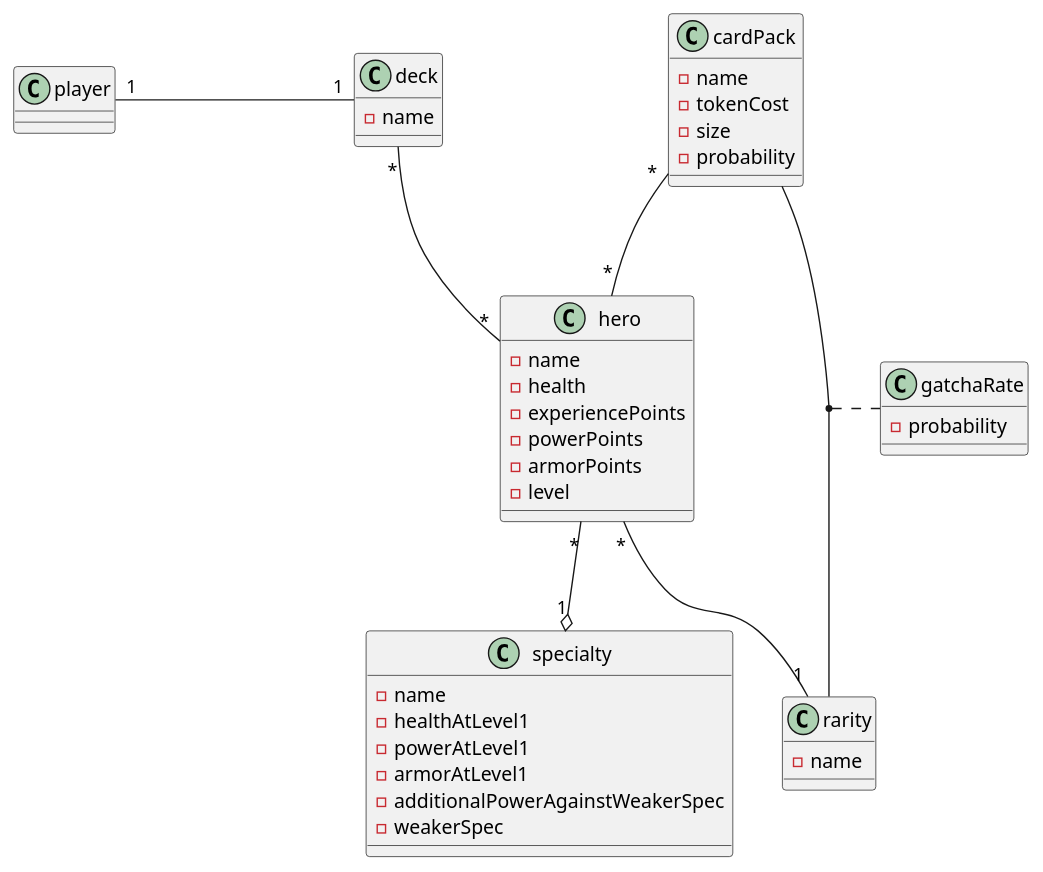
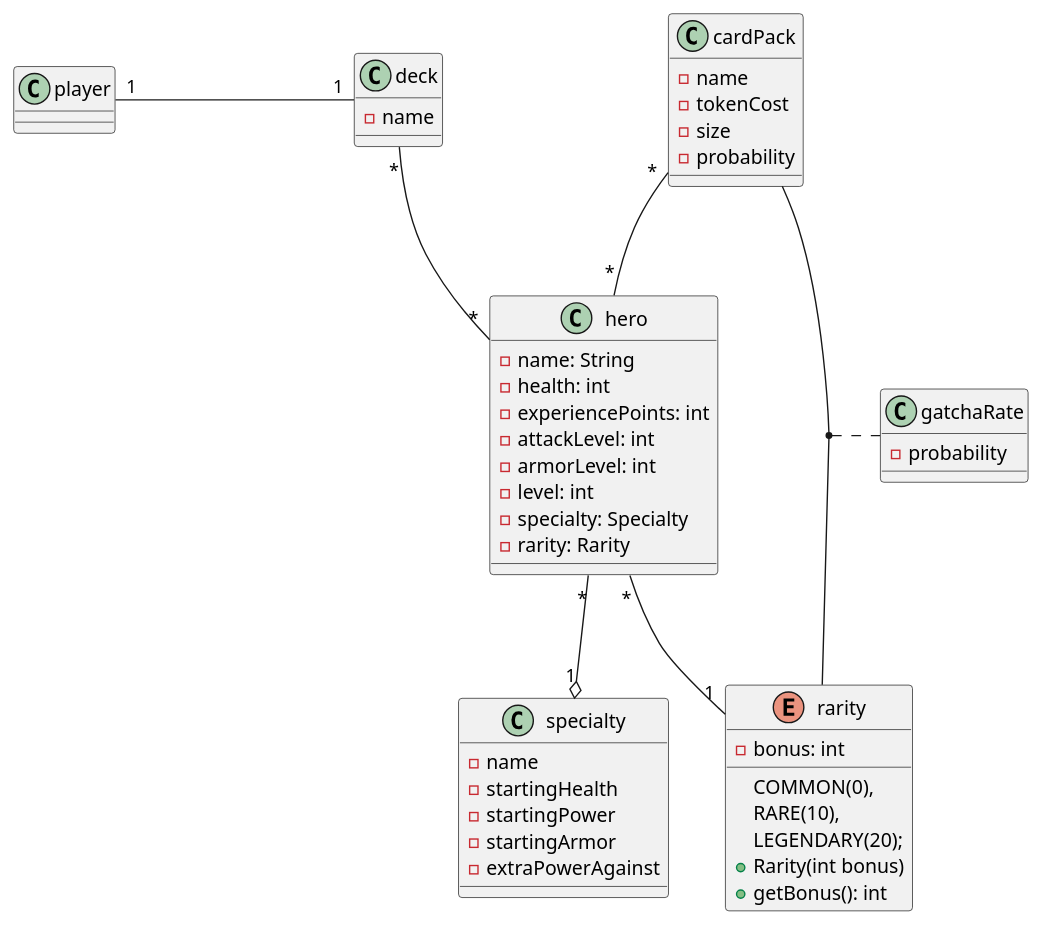
The diagram in docs/classeMetier.puml (shelbon/clean-code-card-game), drawn with PlantUML before and after one commit. The commit also changed other lines of this file and 2 other files, not shown here.

Commit message:
[CREATE] Specialty.java, Rarity.java

```diff
--- a/docs/classeMetier.puml
+++ b/docs/classeMetier.puml
@@ -1,43 +1,51 @@
 @startuml
-class hero{
-    - name
-    - health
-    - experiencePoints
-    - powerPoints
-    - armorPoints
-    - level
-}
+class hero {
+        - name: String
+        - health: int
+        - experiencePoints: int
+        - attackLevel: int
+        - armorLevel: int
+        - level: int
+        - specialty: Specialty
+        - rarity: Rarity
+    }
 
 class specialty {
     - name
-    - healthAtLevel1
-    - powerAtLevel1
-    - armorAtLevel1
-    - additionalPowerAgainstWeakerSpec
-    - weakerSpec
+    - startingHealth
+    - startingPower
+    - startingArmor
+    - extraPowerAgainst
 }
 class cardPack{
     - name
     - tokenCost
     - size
     - probability
 }
 class gatchaRate {
       - probability
 }
-class rarity{
-      - name
+enum rarity {
+    COMMON(0),
+    RARE(10),
+    LEGENDARY(20);
+
+    - bonus: int
+
+    + Rarity(int bonus)
+    + getBonus(): int
 }
 class deck  {
     - name
 }
 class player {
 
 }
 player "1"- "1" deck:\t\t\t\t\t
 hero "*"-"1" rarity:\t\t\t\t
 hero "*" --o "1" specialty
 deck "*" --"*" hero :"\t\t\t\t\t"
 cardPack "*" --"*" hero :"\t\t\t\t"
 (cardPack,rarity) .. gatchaRate
-@end
+@enduml
```
